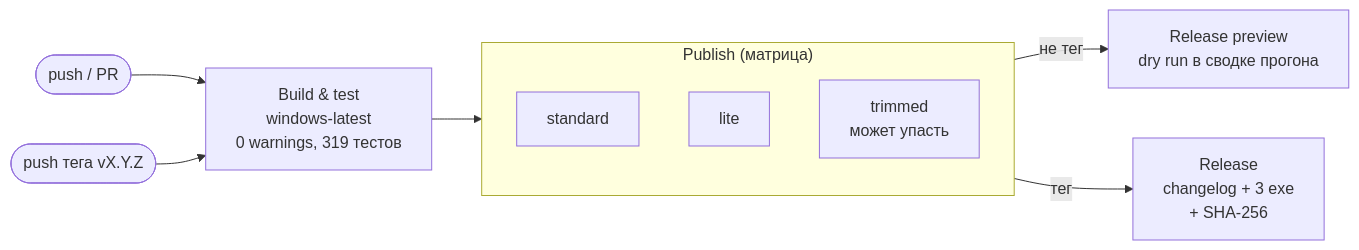
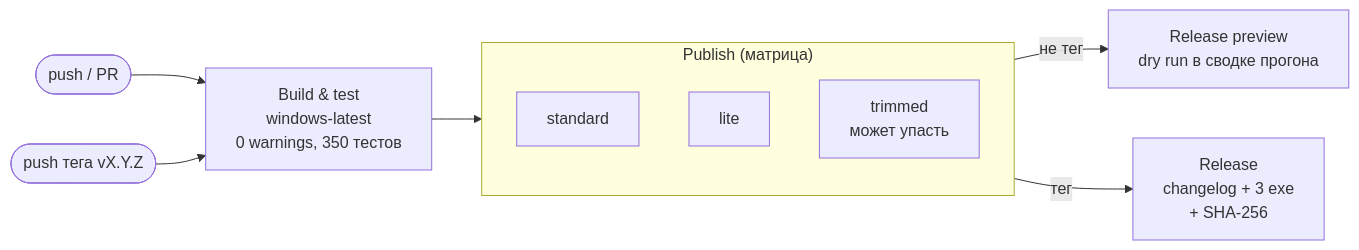
The third of 3 diagrams in README.md (WITTMANN88/first-pr-practice), drawn with Mermaid before and after one commit. The commit also changed other lines of this file and 34 other files, not shown here.

````diff
--- a/README.md
+++ b/README.md
@@ -316,13 +335,13 @@
 ```mermaid
 flowchart LR
     PUSH(["push / PR"]) --> TEST
     TAG(["push тега vX.Y.Z"]) --> TEST
-    TEST["Build & test<br/>windows-latest<br/>0 warnings, 319 тестов"] --> PUB
+    TEST["Build & test<br/>windows-latest<br/>0 warnings, 350 тестов"] --> PUB
     subgraph PUB["Publish (матрица)"]
         STD["standard"]
         LITE["lite"]
         TRIM["trimmed<br/>может упасть"]
     end
     PUB -->|"не тег"| PREVIEW["Release preview<br/>dry run в сводке прогона"]
     PUB -->|"тег"| REL["Release<br/>changelog + 3 exe<br/>+ SHA-256"]
 ```
````
